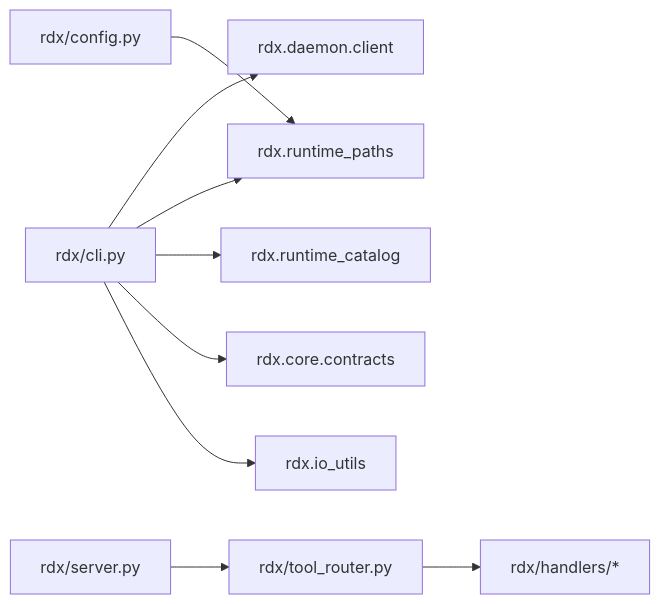
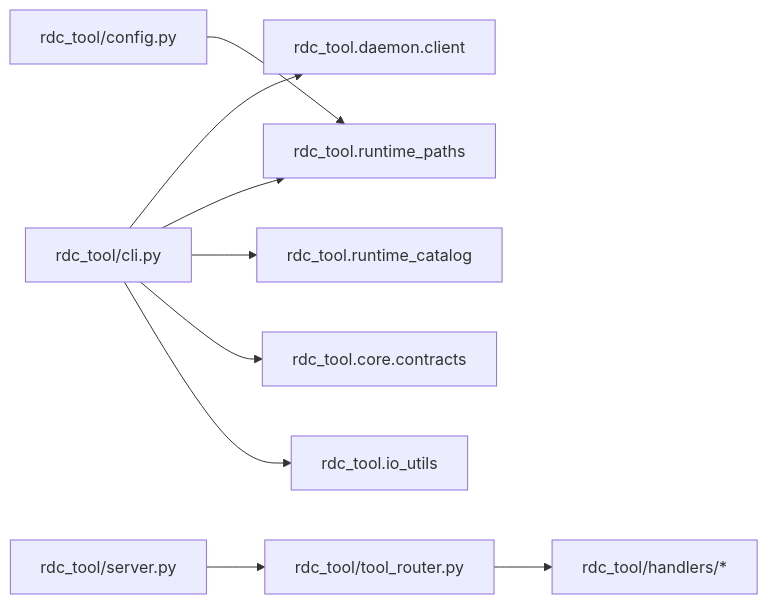
Before and after one commit to haolange/RDC-Tool: the sixth of 6 diagrams in .qoder/repowiki/zh/content/开发指南/代码规范和最佳实践.md, drawn with Mermaid. The commit also changed other lines of this file and 388 other files, not shown here.

First line of the commit message:
Release RDC-Tool identity and public maintenance surface

````diff
--- a/.qoder/repowiki/zh/content/开发指南/代码规范和最佳实践.md
+++ b/.qoder/repowiki/zh/content/开发指南/代码规范和最佳实践.md
@@ -253,11 +253,11 @@
 ```mermaid
 graph LR
-CLI["rdx/cli.py"] --> DAEMON["rdx.daemon.client"]
-CLI --> PATHS["rdx.runtime_paths"]
-CLI --> CAT["rdx.runtime_catalog"]
-CLI --> CT["rdx.core.contracts"]
-CLI --> IO["rdx.io_utils"]
-SERVER["rdx/server.py"] --> ROUTER["rdx/tool_router.py"]
-ROUTER --> HANDLERS["rdx/handlers/*"]
-CONFIG["rdx/config.py"] --> PATHS
+CLI["rdc_tool/cli.py"] --> DAEMON["rdc_tool.daemon.client"]
+CLI --> PATHS["rdc_tool.runtime_paths"]
+CLI --> CAT["rdc_tool.runtime_catalog"]
+CLI --> CT["rdc_tool.core.contracts"]
+CLI --> IO["rdc_tool.io_utils"]
+SERVER["rdc_tool/server.py"] --> ROUTER["rdc_tool/tool_router.py"]
+ROUTER --> HANDLERS["rdc_tool/handlers/*"]
+CONFIG["rdc_tool/config.py"] --> PATHS
 ```
````
